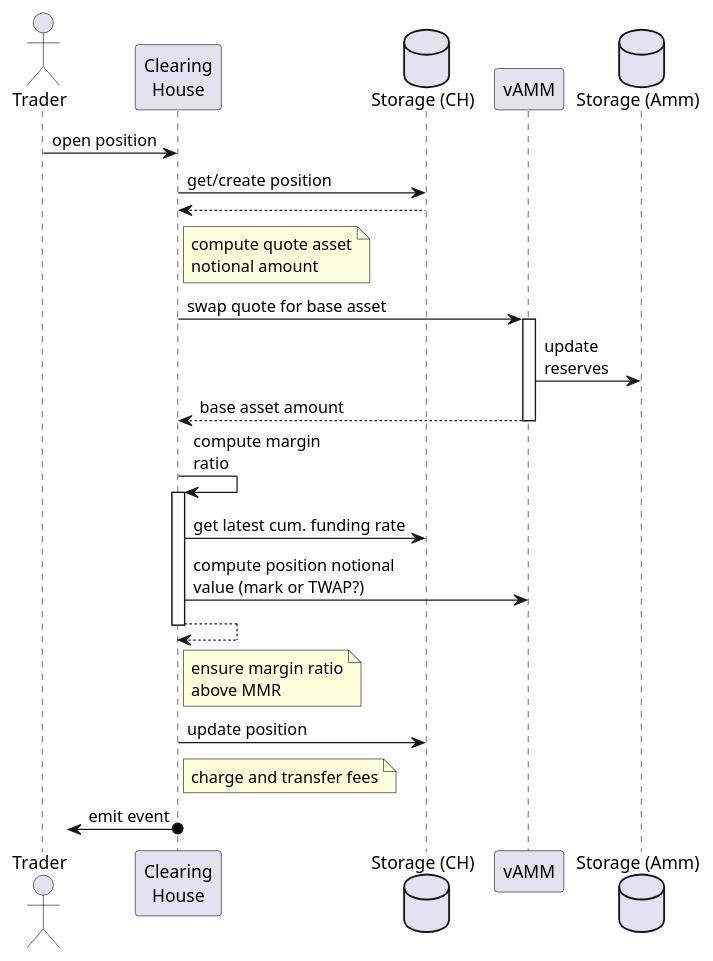
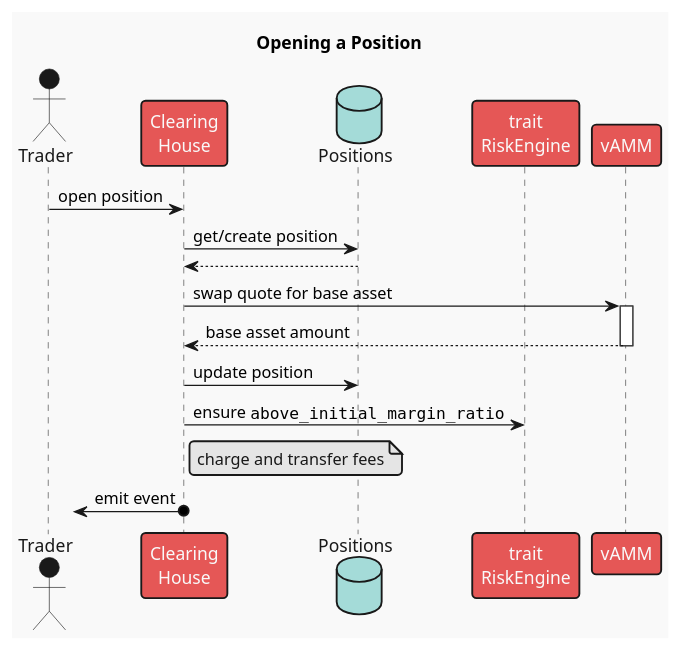
Before and after one commit to ComposableFi/composable: the diagram in frame/clearing-house/diagrams/open-position.plantuml, drawn with PlantUML. The commit also changed 1 other file, not shown here.

Commit message:
docs(CH): update sequence diagrams

```diff
--- a/frame/clearing-house/diagrams/open-position.plantuml
+++ b/frame/clearing-house/diagrams/open-position.plantuml
@@ -1,35 +1,31 @@
 @startuml open_position
+!theme mars
+skinparam responseMessageBelowArrow true
+
+title Opening a Position
 
 actor Trader
 participant "Clearing\nHouse" as ClearingHouse
-database "Storage (CH)" as Storage
+database "Positions" as Storage
+participant "trait\nRiskEngine" as RE
 participant vAMM
-database "Storage (Amm)" as AmmStorage
 
 Trader -> ClearingHouse : open position
 
 ClearingHouse -> Storage : get/create position
 return
-
-note right ClearingHouse: compute quote asset\nnotional amount
+'note right ClearingHouse: compute quote asset\nnotional amount
 
 ClearingHouse -> vAMM ++ : swap quote for base asset
-vAMM -> AmmStorage : update\nreserves
 return base asset amount
 
-ClearingHouse -> ClearingHouse  ++: compute margin\nratio
+ClearingHouse -> Storage : update position
 
-    ClearingHouse -> Storage: get latest cum. funding rate
-
-    ClearingHouse -> vAMM : compute position notional\nvalue (mark or TWAP?)
-
-return
-
-note right ClearingHouse : ensure margin ratio\nabove MMR
-
-ClearingHouse -> Storage : update position
+'RiskEngine
+ClearingHouse -> RE : ensure ""above_initial_margin_ratio""
+'note right ClearingHouse : ensure margin ratio\nabove MMR
 
 note right ClearingHouse: charge and transfer fees
 
 ?<-o ClearingHouse : emit event
 @enduml
```
